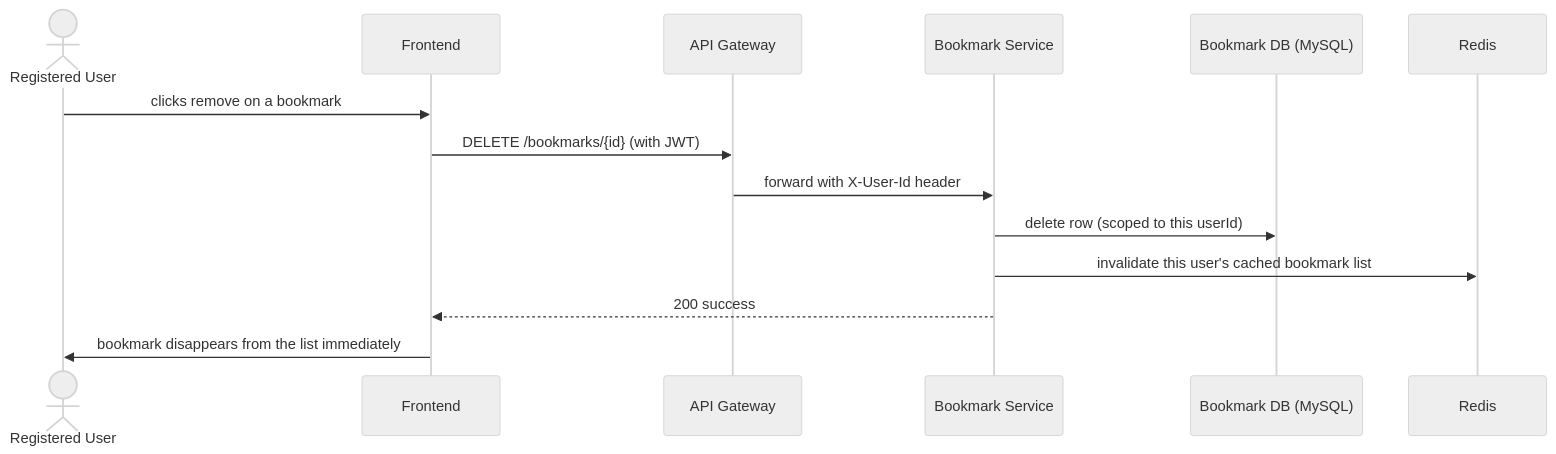
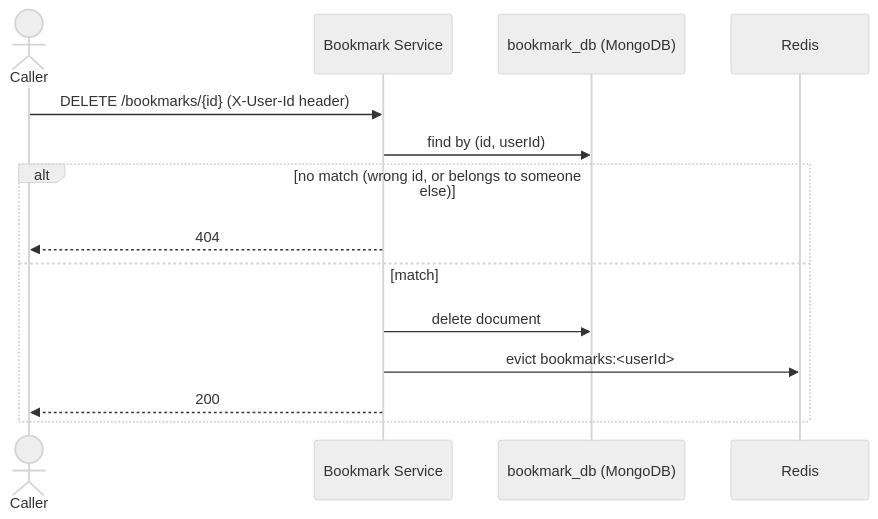
The third of 3 diagrams in docs/01-services/bookmark-service/flows.md (mathaisjustin/cardiac-diagonistics), drawn with Mermaid (neutral theme) before and after one commit. The commit also changed other lines of this file and 29 other files, not shown here.

````diff
--- a/docs/01-services/bookmark-service/flows.md
+++ b/docs/01-services/bookmark-service/flows.md
@@ -85,17 +50,17 @@
 ```mermaid
 sequenceDiagram
-    actor U as Registered User
-    participant FE as Frontend
-    participant GW as API Gateway
+    actor U as Caller
     participant B as Bookmark Service
-    participant DB as Bookmark DB (MySQL)
+    participant DB as bookmark_db (MongoDB)
     participant R as Redis
 
-    U->>FE: clicks remove on a bookmark
-    FE->>GW: DELETE /bookmarks/{id} (with JWT)
-    GW->>B: forward with X-User-Id header
-    B->>DB: delete row (scoped to this userId)
-    B->>R: invalidate this user's cached bookmark list
-    B-->>FE: 200 success
-    FE->>U: bookmark disappears from the list immediately
+    U->>B: DELETE /bookmarks/{id} (X-User-Id header)
+    B->>DB: find by (id, userId)
+    alt no match (wrong id, or belongs to someone else)
+        B-->>U: 404
+    else match
+        B->>DB: delete document
+        B->>R: evict bookmarks:<userId>
+        B-->>U: 200
+    end
 ```
````
